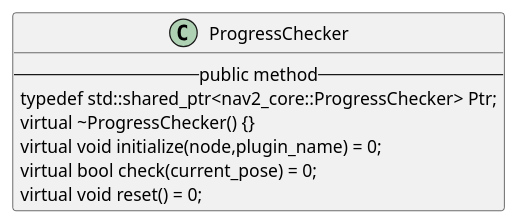
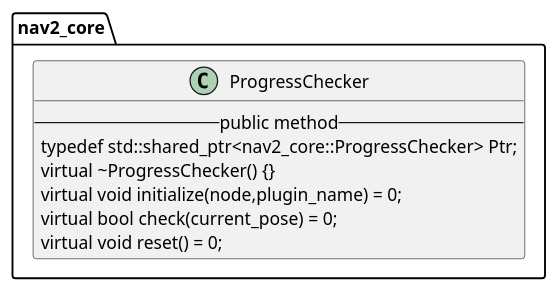
The diagram in ros2/navigation2/progress.puml (cf-zhang/documents), drawn with PlantUML before and after one commit. The commit also changed 18 other files, not shown here.

```diff
--- a/ros2/navigation2/progress.puml
+++ b/ros2/navigation2/progress.puml
@@ -1,12 +1,14 @@
 @startuml
 'https://plantuml.com/class-diagram
+
+namespace nav2_core{
 class ProgressChecker{
 -- public method --
 typedef std::shared_ptr<nav2_core::ProgressChecker> Ptr;
 virtual ~ProgressChecker() {}
 virtual void initialize(node,plugin_name) = 0;
 virtual bool check(current_pose) = 0;
 virtual void reset() = 0;
 }
-
+}
 @enduml
```
